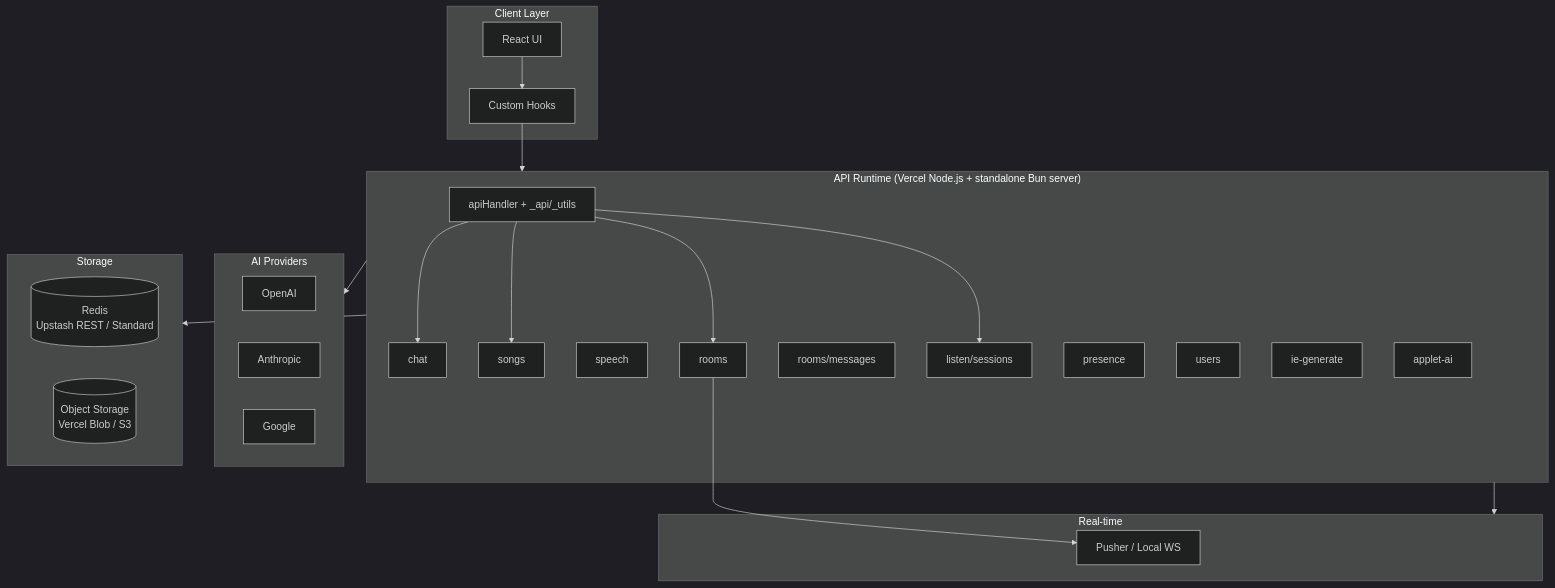
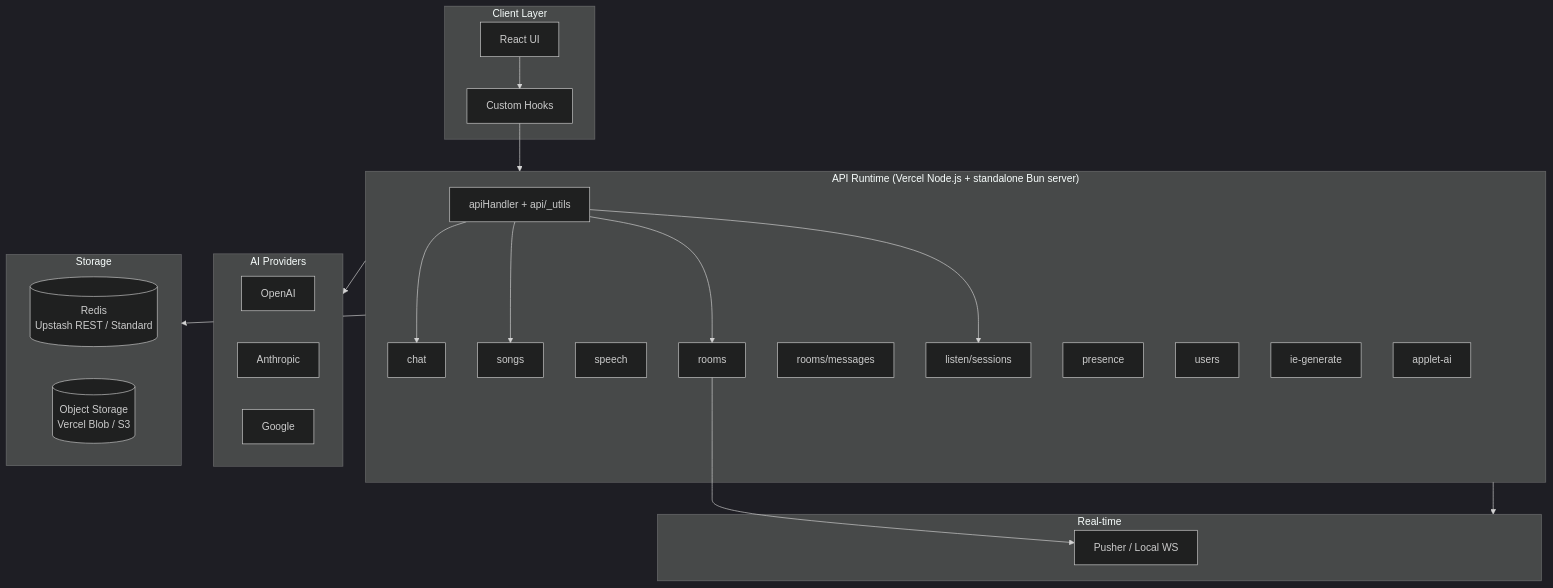
Before and after one commit to ryokun6/ryos: the first of 3 diagrams in docs/1.2-api-architecture.md, drawn with Mermaid (dark theme). The commit also changed other lines of this file and 60 other files, not shown here.

````diff
--- a/docs/1.2-api-architecture.md
+++ b/docs/1.2-api-architecture.md
@@ -7,47 +7,47 @@
 ```mermaid
 graph TB
     subgraph Client["Client Layer"]
         UI[React UI]
         Hooks[Custom Hooks]
     end
     
     subgraph API["API Runtime (Vercel Node.js + standalone Bun server)"]
-        Handler[apiHandler + _api/_utils]
+        Handler[apiHandler + api/_utils]
         ChatAPI[chat]
         SongAPI[songs]
         SpeechAPI[speech]
         RoomsAPI[rooms]
         MessagesAPI[rooms/messages]
         ListenAPI[listen/sessions]
         PresenceAPI[presence]
         UsersAPI[users]
         IEAPI[ie-generate]
         AppletAPI[applet-ai]
     end
     
     subgraph AI["AI Providers"]
         OpenAI[OpenAI]
         Anthropic[Anthropic]
         Google[Google]
     end
     
     subgraph Storage["Storage"]
         Redis[(Redis<br/>Upstash REST / Standard)]
         ObjectStorage[(Object Storage<br/>Vercel Blob / S3)]
     end
     
     subgraph Realtime["Real-time"]
         RealtimeProvider[Pusher / Local WS]
     end
     
     UI --> Hooks
     Hooks --> API
     Handler --> ChatAPI
     Handler --> SongAPI
     Handler --> RoomsAPI
     Handler --> ListenAPI
     API --> AI
     API --> Storage
     API --> Realtime
     RoomsAPI --> RealtimeProvider
 ```
````
